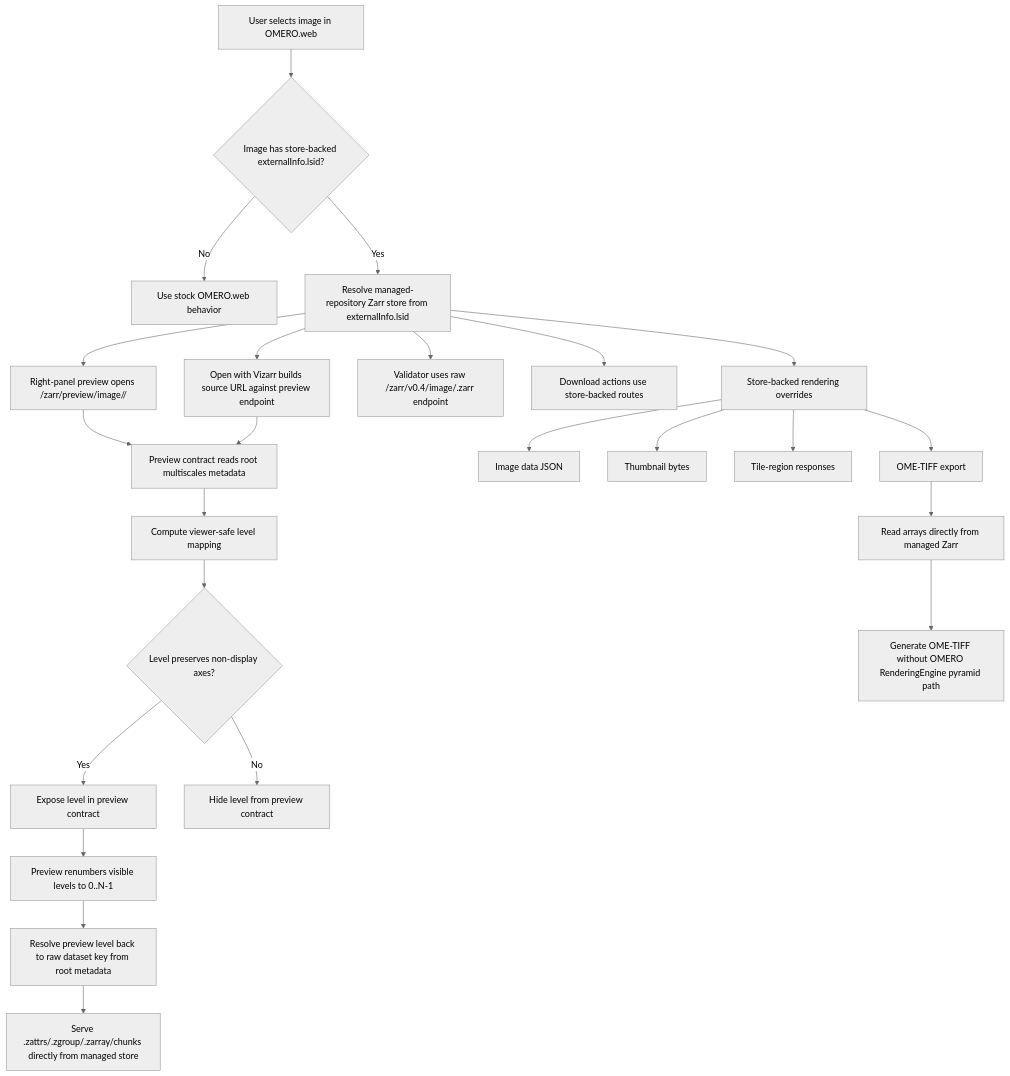
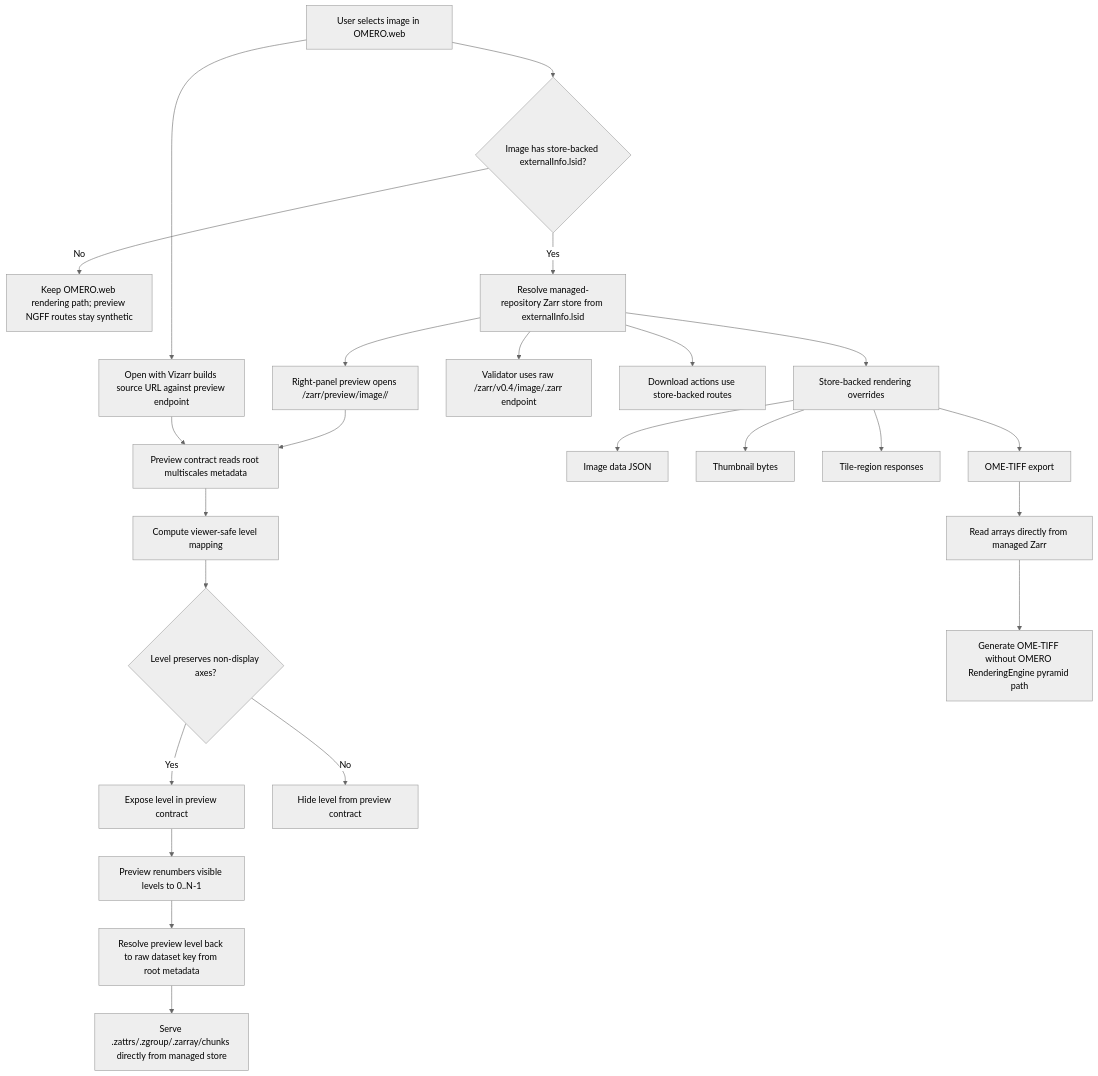
Before and after one commit to ZMB-UZH/omero-docker-extended: the diagram in docs/plugins/omero-web-zarr-workflow.md, drawn with Mermaid (neutral theme). The commit also changed other lines of this file and 5 other files, not shown here.

Commit message:
Fix non-store-backed Vizarr preview routing

````diff
--- a/docs/plugins/omero-web-zarr-workflow.md
+++ b/docs/plugins/omero-web-zarr-workflow.md
@@ -7,31 +7,31 @@
 ```mermaid
 flowchart TD
     A[User selects image in OMERO.web] --> B{Image has store-backed externalInfo.lsid?}
-    B -->|No| C[Use stock OMERO.web behavior]
+    B -->|No| C[Keep OMERO.web rendering path; preview NGFF routes stay synthetic]
     B -->|Yes| D[Resolve managed-repository Zarr store from externalInfo.lsid]
 
     D --> E[Right-panel preview opens /zarr/preview/image/<id>/]
-    D --> F[Open with Vizarr builds source URL against preview endpoint]
+    A --> F[Open with Vizarr builds source URL against preview endpoint]
     D --> G[Validator uses raw /zarr/v0.4/image/<id>.zarr endpoint]
     D --> H[Download actions use store-backed routes]
 
     E --> I[Preview contract reads root multiscales metadata]
     F --> I
     I --> J[Compute viewer-safe level mapping]
     J --> K{Level preserves non-display axes?}
     K -->|Yes| L[Expose level in preview contract]
     K -->|No| M[Hide level from preview contract]
 
     L --> N[Preview renumbers visible levels to 0..N-1]
     N --> O[Resolve preview level back to raw dataset key from root metadata]
     O --> P[Serve .zattrs/.zgroup/.zarray/chunks directly from managed store]
 
     D --> Q[Store-backed rendering overrides]
     Q --> R[Image data JSON]
     Q --> S[Thumbnail bytes]
     Q --> T[Tile-region responses]
     Q --> U[OME-TIFF export]
 
     U --> V[Read arrays directly from managed Zarr]
     V --> W[Generate OME-TIFF without OMERO RenderingEngine pyramid path]
 ```
````
